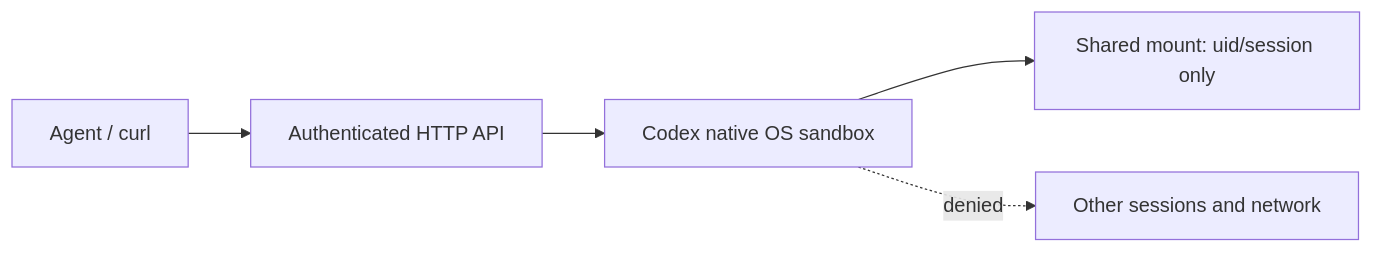
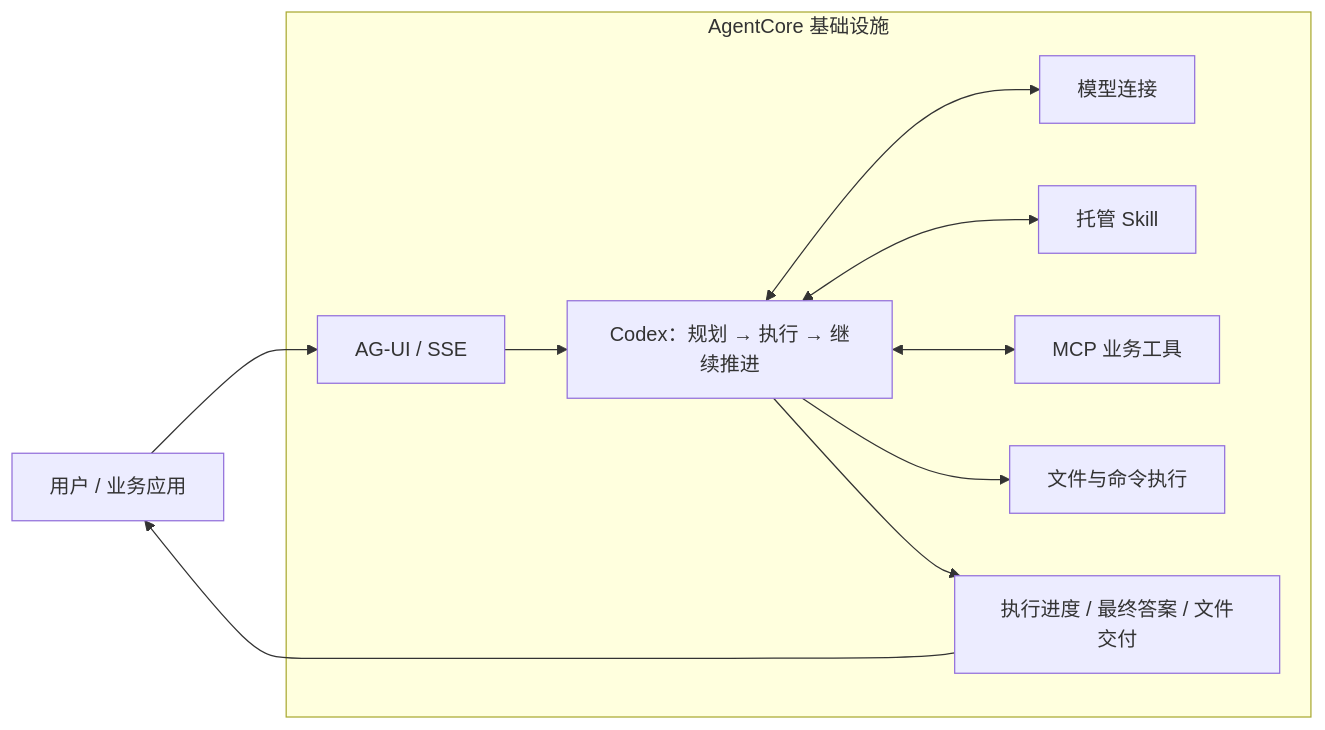
Before and after one commit to ai-agentcore/agentcore-runloop: the diagram in README.md, drawn with Mermaid. The commit also changed other lines of this file and 175 other files, not shown here.

Commit message:
Build Codex-focused AgentCore service with bilingual deployment guides

````diff
--- a/README.md
+++ b/README.md
@@ -10,7 +18,13 @@
 ```mermaid
 flowchart LR
-  C[Agent / curl] --> A[Authenticated HTTP API]
-  A --> S[Codex native OS sandbox]
-  S --> W[Shared mount: uid/session only]
-  S -. denied .-> O[Other sessions and network]
+    User[用户 / 业务应用] --> API[AG-UI / SSE]
+    subgraph AgentCore[AgentCore 基础设施]
+        API --> Codex[Codex：规划 → 执行 → 继续推进]
+        Codex <--> Model[模型连接]
+        Codex <--> Skill[托管 Skill]
+        Codex <--> MCP[MCP 业务工具]
+        Codex --> Execution[文件与命令执行]
+        Codex --> Result[执行进度 / 最终答案 / 文件交付]
+    end
+    Result --> User
 ```
````
